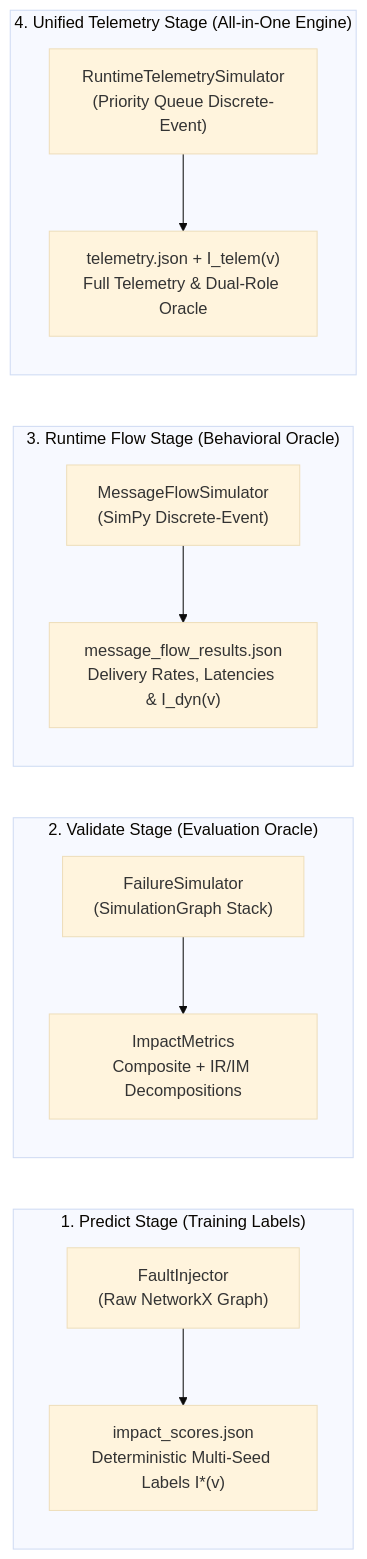
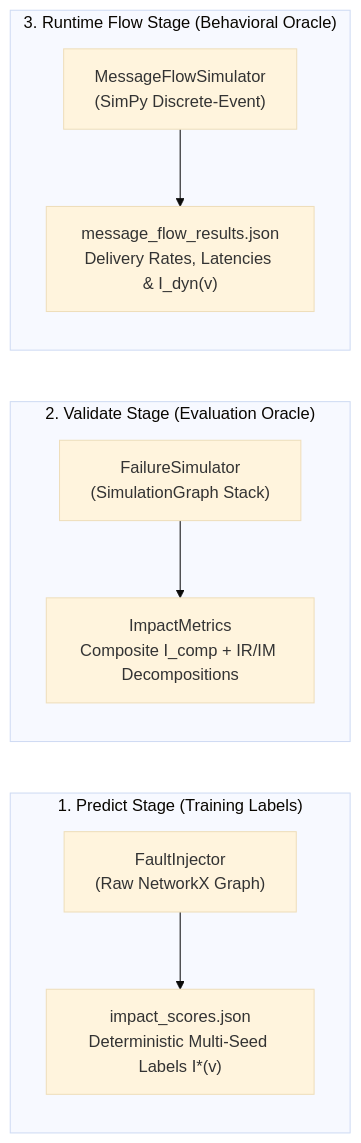
Before and after one commit to onuralpyigit/software-as-a-graph: the second of 4 diagrams in docs/failure-simulation.md, drawn with Mermaid (base theme). The commit also changed other lines of this file and 16 other files, not shown here.

First line of the commit message:
Refactor telemetry simulation and impact calculation

````diff
--- a/docs/failure-simulation.md
+++ b/docs/failure-simulation.md
@@ -89,18 +92,14 @@
 ```mermaid
 flowchart LR
     subgraph PredictStage["1. Predict Stage (Training Labels)"]
         FI["FaultInjector<br>(Raw NetworkX Graph)"] --> LBL["impact_scores.json<br>Deterministic Multi-Seed Labels I*(v)"]
     end
 
     subgraph ValidateStage["2. Validate Stage (Evaluation Oracle)"]
-        FS["FailureSimulator<br>(SimulationGraph Stack)"] --> ORC["ImpactMetrics<br>Composite + IR/IM Decompositions"]
+        FS["FailureSimulator<br>(SimulationGraph Stack)"] --> ORC["ImpactMetrics<br>Composite I_comp + IR/IM Decompositions"]
     end
 
     subgraph DynamicStage["3. Runtime Flow Stage (Behavioral Oracle)"]
         MFS["MessageFlowSimulator<br>(SimPy Discrete-Event)"] --> DYN["message_flow_results.json<br>Delivery Rates, Latencies & I_dyn(v)"]
     end
-
-    subgraph UnifiedStage["4. Unified Telemetry Stage (All-in-One Engine)"]
-        RTS["RuntimeTelemetrySimulator<br>(Priority Queue Discrete-Event)"] --> TELO["telemetry.json + I_telem(v)<br>Full Telemetry & Dual-Role Oracle"]
-    end
 ```
````
